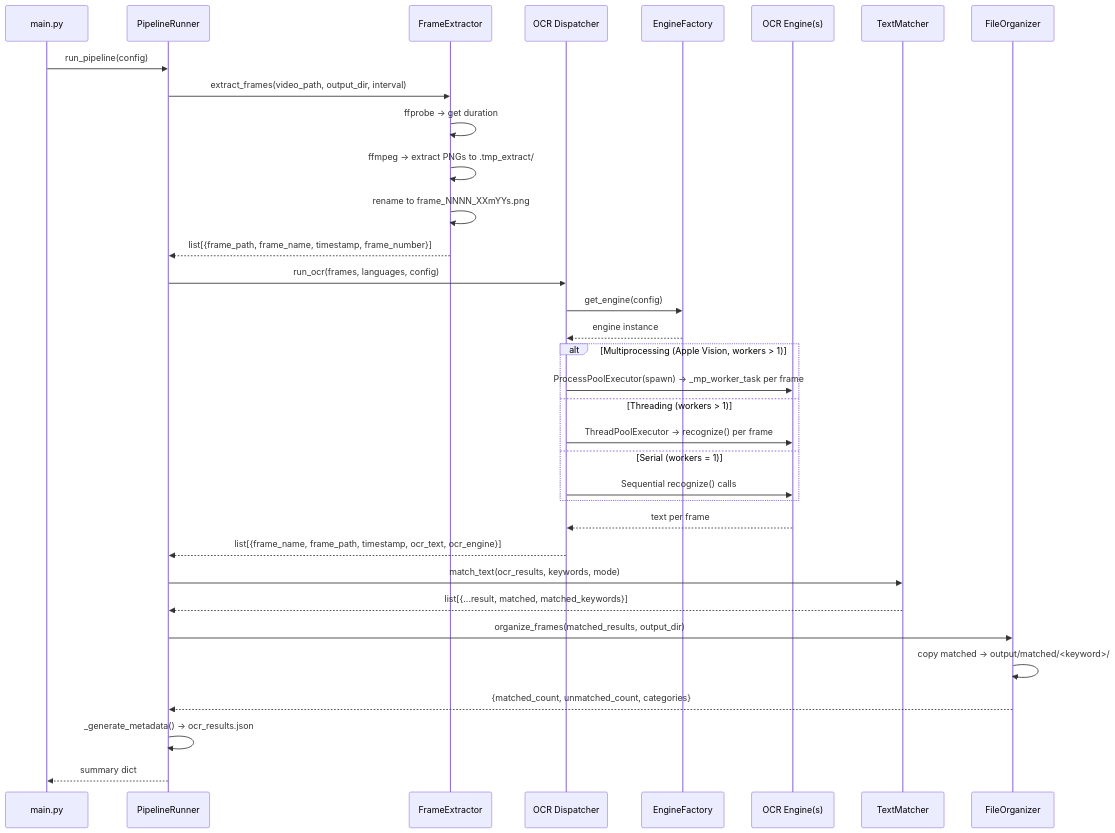
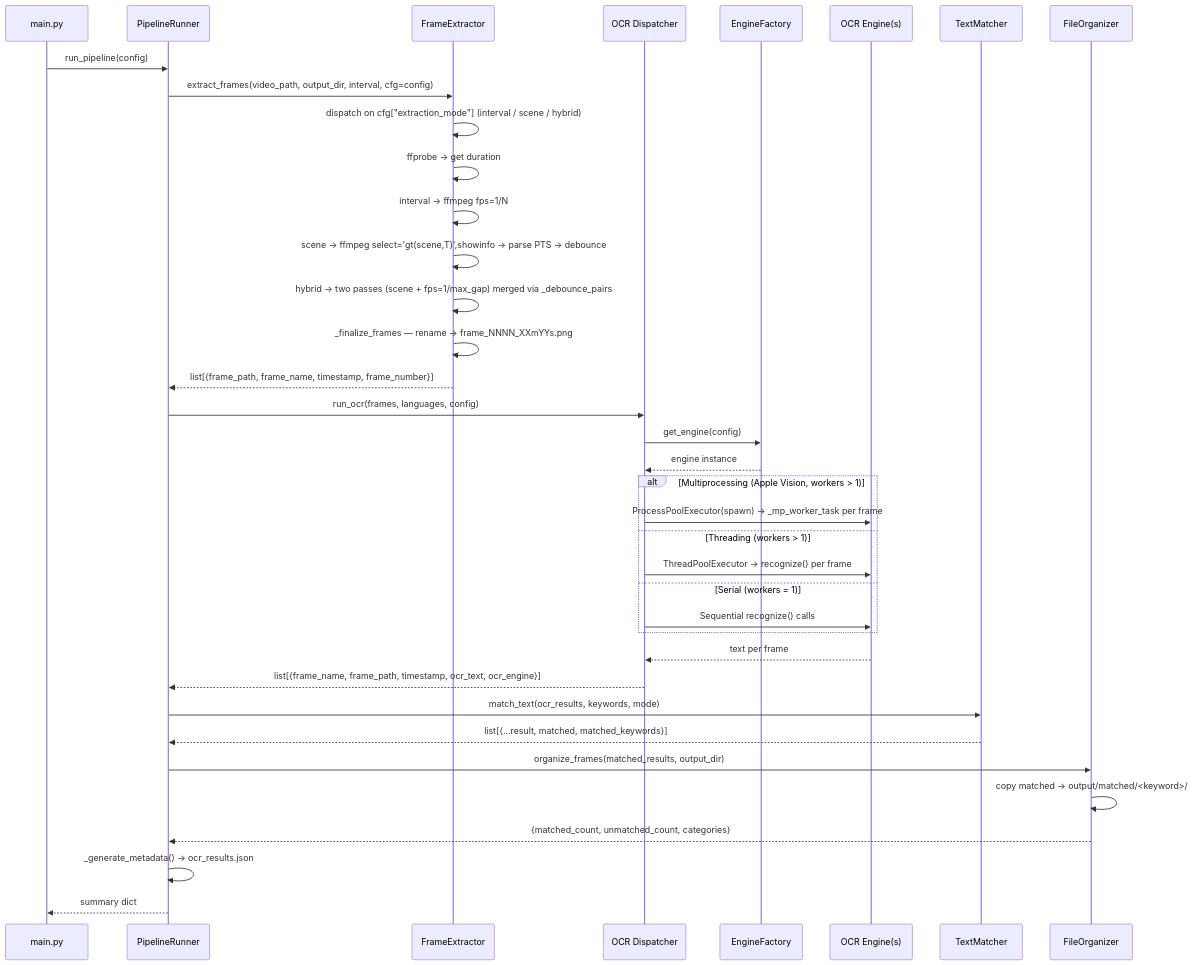
The second of 6 diagrams in ARCHITECTURE.md (Mukhar/LOCALOCR), drawn with Mermaid before and after one commit. The commit also changed other lines of this file and 1 other file, not shown here.

First line of the commit message:
docs(01-03/T4): AGENTS.md + ARCHITECTURE.md — three-mode dispatch

````diff
--- a/ARCHITECTURE.md
+++ b/ARCHITECTURE.md
@@ -116,41 +116,44 @@
 ```mermaid
 sequenceDiagram
     participant CLI as main.py
     participant PR as PipelineRunner
     participant FE as FrameExtractor
     participant OCR as OCR Dispatcher
     participant EF as EngineFactory
     participant ENG as OCR Engine(s)
     participant TM as TextMatcher
     participant FO as FileOrganizer
 
     CLI->>PR: run_pipeline(config)
-    PR->>FE: extract_frames(video_path, output_dir, interval)
+    PR->>FE: extract_frames(video_path, output_dir, interval, cfg=config)
+    FE->>FE: dispatch on cfg["extraction_mode"] (interval / scene / hybrid)
     FE->>FE: ffprobe → get duration
-    FE->>FE: ffmpeg → extract PNGs to .tmp_extract/
-    FE->>FE: rename to frame_NNNN_XXmYYs.png
+    FE->>FE: interval → ffmpeg fps=1/N
+    FE->>FE: scene   → ffmpeg select='gt(scene,T)',showinfo → parse PTS → debounce
+    FE->>FE: hybrid  → two passes (scene + fps=1/max_gap) merged via _debounce_pairs
+    FE->>FE: _finalize_frames — rename → frame_NNNN_XXmYYs.png
     FE-->>PR: list[{frame_path, frame_name, timestamp, frame_number}]
 
     PR->>OCR: run_ocr(frames, languages, config)
     OCR->>EF: get_engine(config)
     EF-->>OCR: engine instance
     alt Multiprocessing (Apple Vision, workers > 1)
         OCR->>ENG: ProcessPoolExecutor(spawn) → _mp_worker_task per frame
     else Threading (workers > 1)
         OCR->>ENG: ThreadPoolExecutor → recognize() per frame
     else Serial (workers = 1)
         OCR->>ENG: Sequential recognize() calls
     end
     ENG-->>OCR: text per frame
     OCR-->>PR: list[{frame_name, frame_path, timestamp, ocr_text, ocr_engine}]
 
     PR->>TM: match_text(ocr_results, keywords, mode)
     TM-->>PR: list[{...result, matched, matched_keywords}]
 
     PR->>FO: organize_frames(matched_results, output_dir)
     FO->>FO: copy matched → output/matched/<keyword>/
     FO-->>PR: {matched_count, unmatched_count, categories}
 
     PR->>PR: _generate_metadata() → ocr_results.json
     PR-->>CLI: summary dict
 ```
````
